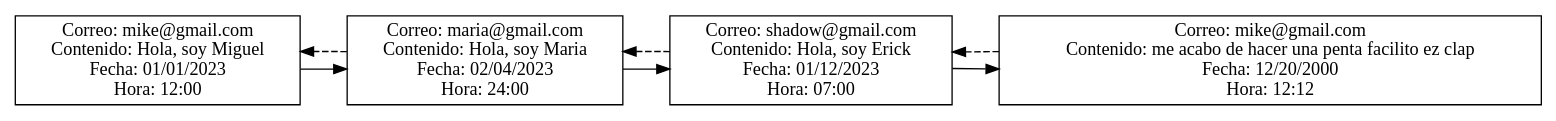
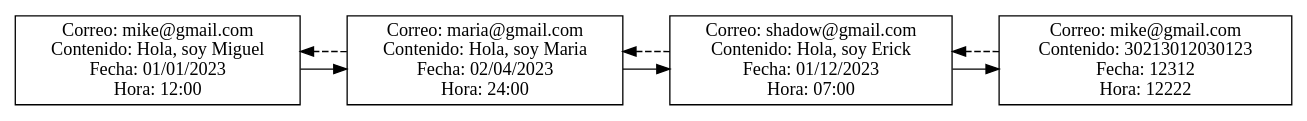
Before and after one commit to Kevin-alvarez1/PROYECTO_MULTIFASES_RED_SOCIAL: the diagram in Fase1/output/publicaciones.dot, drawn with Graphviz. The commit also changed 21 other files, not shown here.

```diff
--- a/Fase1/output/publicaciones.dot
+++ b/Fase1/output/publicaciones.dot
@@ -1,14 +1,14 @@
 digraph G {
 node [shape=record];
 rankdir=LR;
 node0 [label="{Correo: mike@gmail.com\nContenido: Hola, soy Miguel\nFecha: 01/01/2023\nHora: 12:00}"];
 node1 [label="{Correo: maria@gmail.com\nContenido: Hola, soy Maria\nFecha: 02/04/2023\nHora: 24:00}"];
 node2 [label="{Correo: shadow@gmail.com\nContenido: Hola, soy Erick\nFecha: 01/12/2023\nHora: 07:00}"];
-node3 [label="{Correo: mike@gmail.com\nContenido: me acabo de hacer una penta facilito ez clap\nFecha: 12/20/2000\nHora: 12:12}"];
+node3 [label="{Correo: mike@gmail.com\nContenido: 30213012030123\nFecha: 12312\nHora: 12222}"];
 node0 -> node1;
 node1 -> node2;
 node1 -> node0 [style=dashed];
 node2 -> node3;
 node2 -> node1 [style=dashed];
 node3 -> node2 [style=dashed];
 }
```
